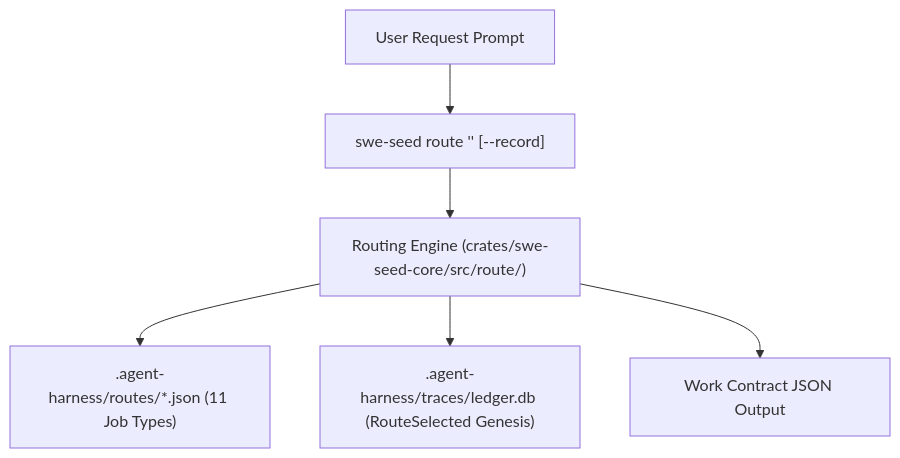
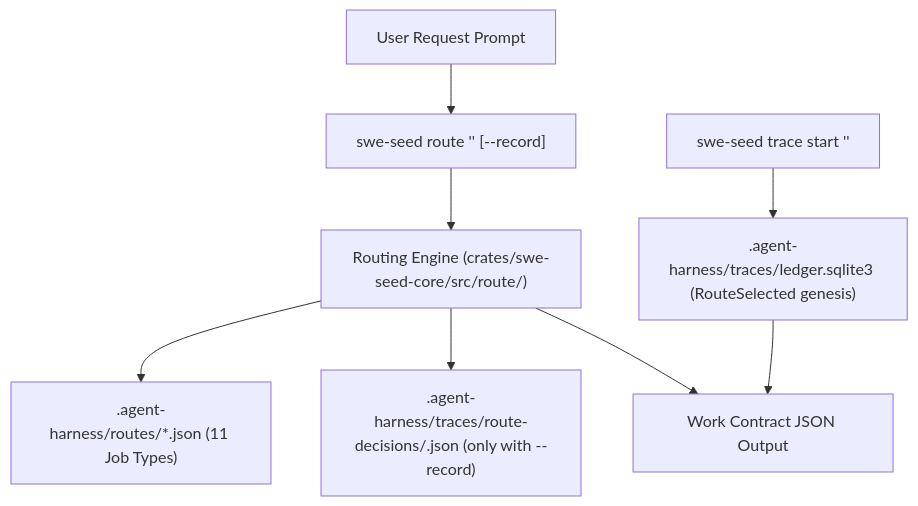
The first of 3 diagrams in docs/subsystems/routing-engine.md (GodSpeedAI/swe_seed), drawn with Mermaid before and after one commit. The commit also changed other lines of this file and 29 other files, not shown here.

First line of the commit message:
docs: refresh SWE_SEED documentation, add cognitive explainers and reference pages

````diff
--- a/docs/subsystems/routing-engine.md
+++ b/docs/subsystems/routing-engine.md
@@ -32,8 +32,10 @@
 ```mermaid
 graph TD
     Prompt["User Request Prompt"] --> CLI["swe-seed route '<prompt>' [--record]"]
     CLI --> Router["Routing Engine (crates/swe-seed-core/src/route/)"]
     Router --> RouteCards[".agent-harness/routes/*.json (11 Job Types)"]
-    Router --> Ledger[".agent-harness/traces/ledger.db (RouteSelected Genesis)"]
+    Router --> Decision[".agent-harness/traces/route-decisions/<id>.json (only with --record)"]
     Router --> ContractOut["Work Contract JSON Output"]
+    TraceCmd["swe-seed trace start '<prompt>'"] --> Ledger[".agent-harness/traces/ledger.sqlite3 (RouteSelected genesis)"]
+    Ledger --> ContractOut
 ```
````
